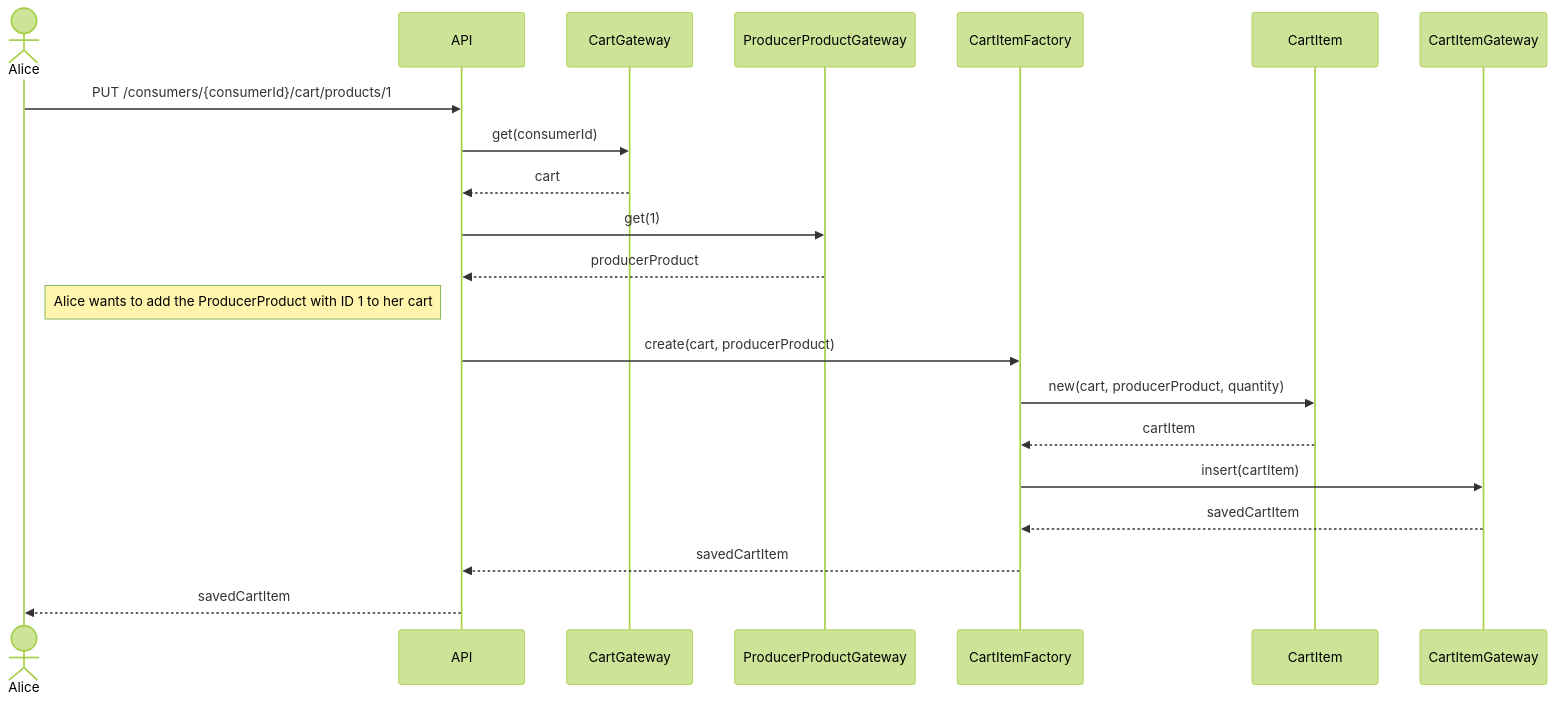
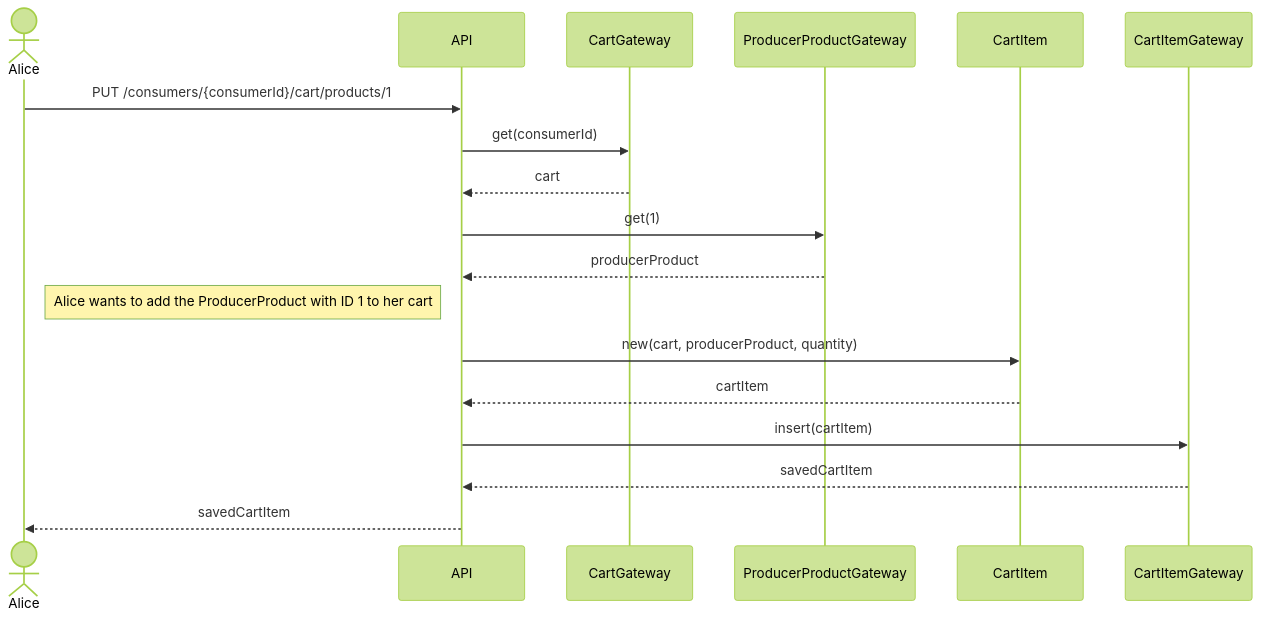
Before and after one commit to hivetown/planning: the fourth of 32 diagrams in sequence.md, drawn with Mermaid (forest theme). The commit also changed other lines of this file, not shown here.

````diff
--- a/sequence.md
+++ b/sequence.md
@@ -175,29 +175,25 @@
 ```mermaid
 sequenceDiagram
     actor A as Alice
     participant API
     participant CaG as CartGateway
     participant PPG as ProducerProductGateway
-    participant CaIF as CartItemFactory
     participant CaI as CartItem
     participant CaIG as CartItemGateway
 
     A ->> API: PUT /consumers/{consumerId}/cart/products/1
     API ->> CaG: get(consumerId)
     CaG -->> API: cart
     API ->> PPG: get(1)
     PPG -->> API: producerProduct
 
     Note right of A: Alice wants to add the ProducerProduct with ID 1 to her cart
-    API ->> CaIF: create(cart, producerProduct)
 
-    CaIF ->> CaI: new(cart, producerProduct, quantity)
-    CaI -->> CaIF: cartItem
+    API ->> CaI: new(cart, producerProduct, quantity)
+    CaI -->> API: cartItem
 
-    CaIF ->> CaIG: insert(cartItem)
-    CaIG -->> CaIF: savedCartItem
-
-    CaIF -->> API: savedCartItem
+    API ->> CaIG: insert(cartItem)
+    CaIG -->> API: savedCartItem
     
     API -->> A: savedCartItem
 ```
````
